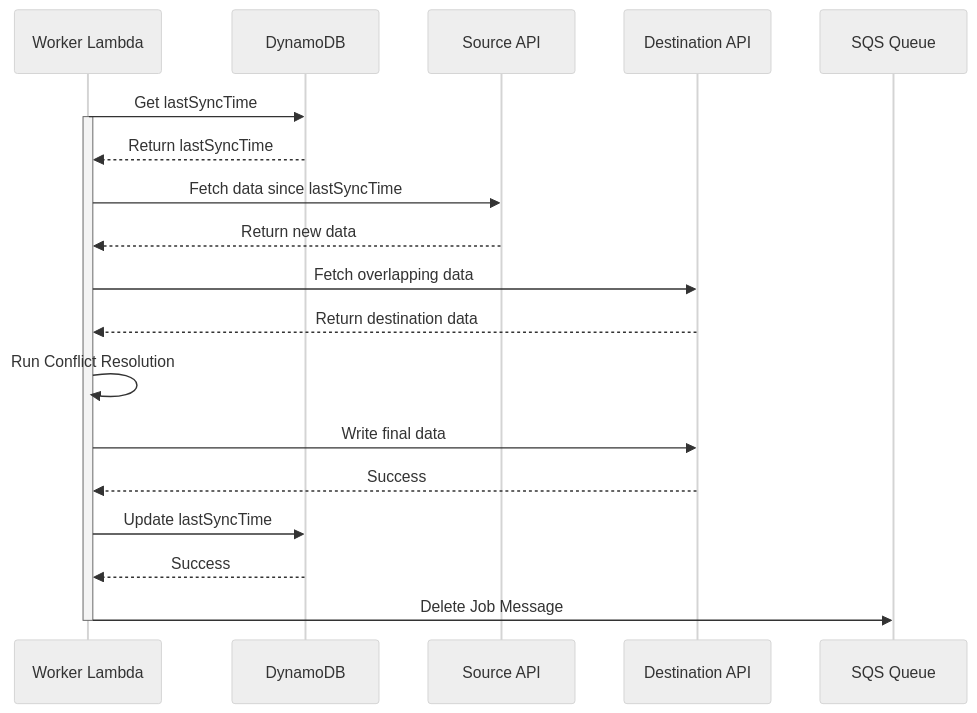
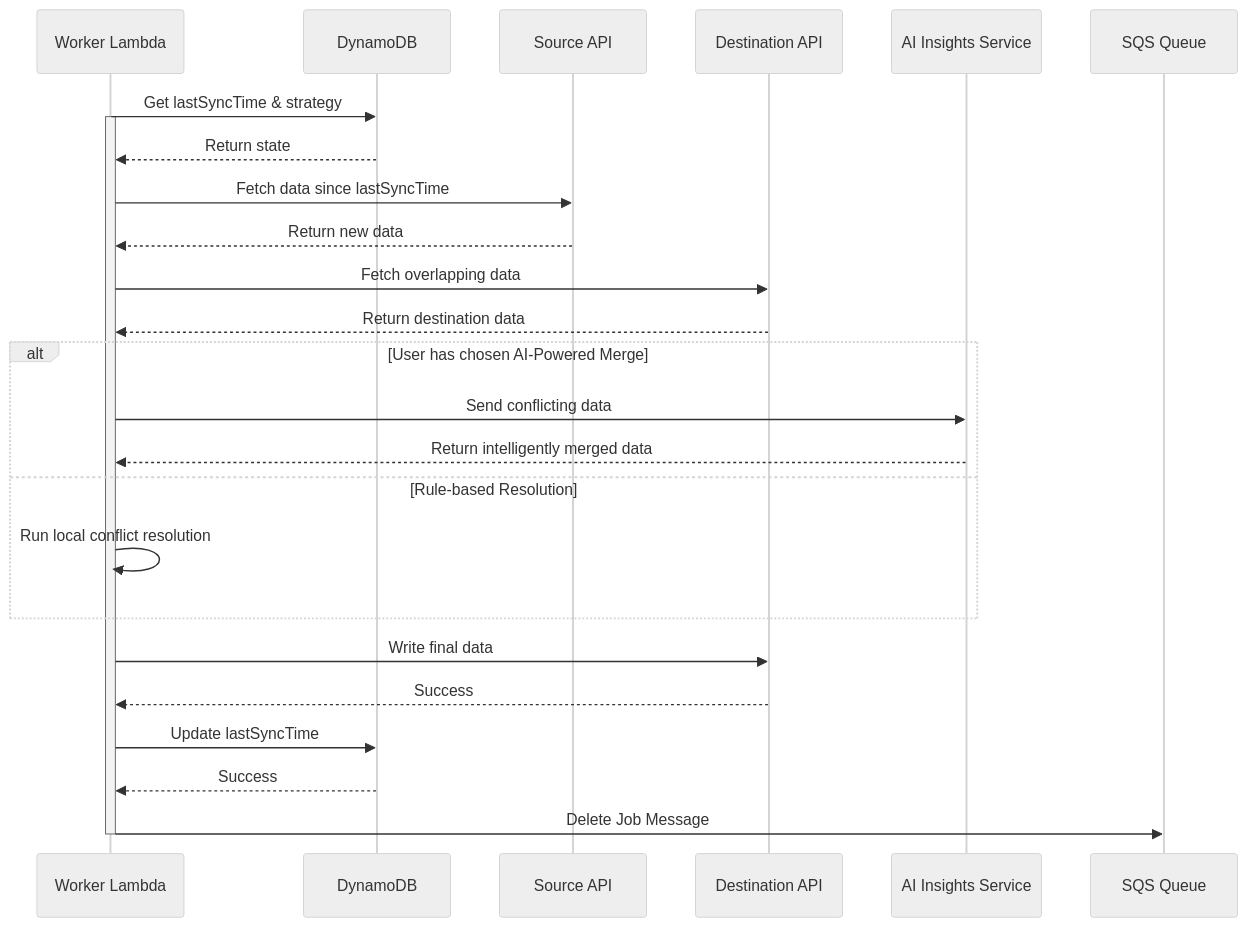
One commit to dino10bit/healthsync changed the second of 3 diagrams in 05-data-sync.md. Above: the diagram before and after it, drawn with Mermaid (neutral theme). The commit also changed other lines of this file and 2 other files, not shown here.

First line of the commit message:
Introduces a new 'AI Insights Service' to the technical architecture to power intelligent features like smart conflict resolution, LLM-based troubleshooting, and personalized user summaries.

````diff
--- a/05-data-sync.md
+++ b/05-data-sync.md
@@ -134,23 +115,31 @@
 ```mermaid
 sequenceDiagram
     participant Worker as Worker Lambda
     participant DynamoDB as DynamoDB
     participant SourceAPI as Source API
     participant DestAPI as Destination API
+    participant AIService as AI Insights Service
     participant SQS as SQS Queue
 
-    Worker->>DynamoDB: Get lastSyncTime
+    Worker->>DynamoDB: Get lastSyncTime & strategy
     activate Worker
-    DynamoDB-->>Worker: Return lastSyncTime
+    DynamoDB-->>Worker: Return state
     Worker->>SourceAPI: Fetch data since lastSyncTime
     SourceAPI-->>Worker: Return new data
     Worker->>DestAPI: Fetch overlapping data
     DestAPI-->>Worker: Return destination data
-    Worker->>Worker: Run Conflict Resolution
+
+    alt User has chosen AI-Powered Merge
+        Worker->>AIService: Send conflicting data
+        AIService-->>Worker: Return intelligently merged data
+    else Rule-based Resolution
+        Worker->>Worker: Run local conflict resolution
+    end
+
     Worker->>DestAPI: Write final data
     DestAPI-->>Worker: Success
     Worker->>DynamoDB: Update lastSyncTime
     DynamoDB-->>Worker: Success
     Worker->>SQS: Delete Job Message
     deactivate Worker
 ```
````
